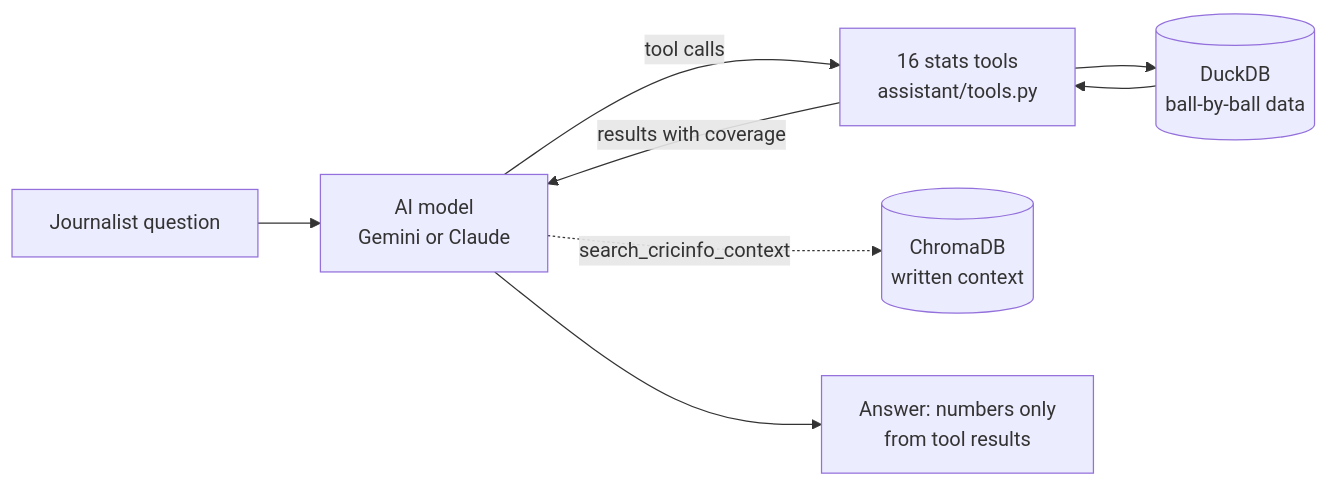
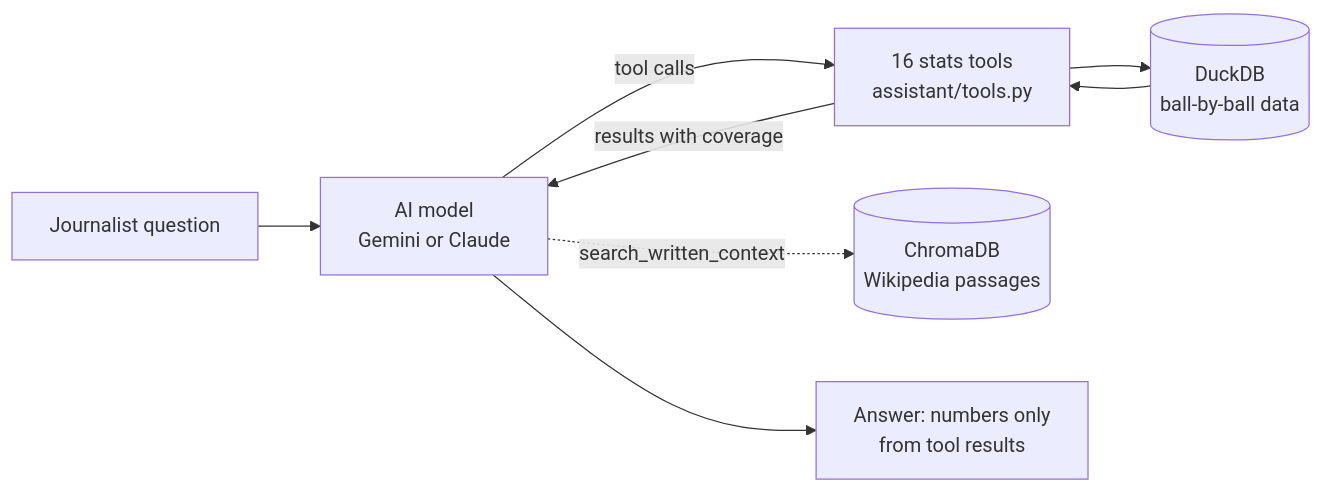
Before and after one commit to Pratyush415/CricAssist-Pro: the diagram in README.md, drawn with Mermaid. The commit also changed other lines of this file and 16 other files, not shown here.

First line of the commit message:
Written context from Wikipedia (R4)

````diff
--- a/README.md
+++ b/README.md
@@ -116,10 +116,10 @@
 ```mermaid
 flowchart LR
     Q[Journalist question] --> M[AI model<br/>Gemini or Claude]
     M -- "tool calls" --> T[16 stats tools<br/>assistant/tools.py]
     T --> DB[(DuckDB<br/>ball-by-ball data)]
     DB --> T
-    M -. "search_cricinfo_context" .-> V[(ChromaDB<br/>written context)]
+    M -. "search_written_context" .-> V[(ChromaDB<br/>Wikipedia passages)]
     T -- "results with coverage" --> M
     M --> A[Answer: numbers only<br/>from tool results]
 ```
````
